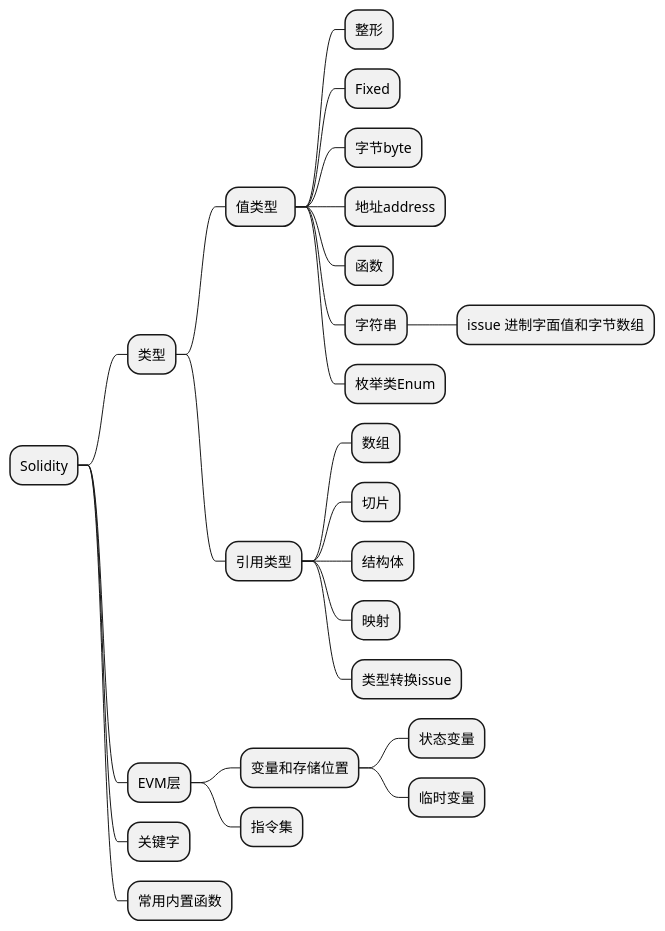
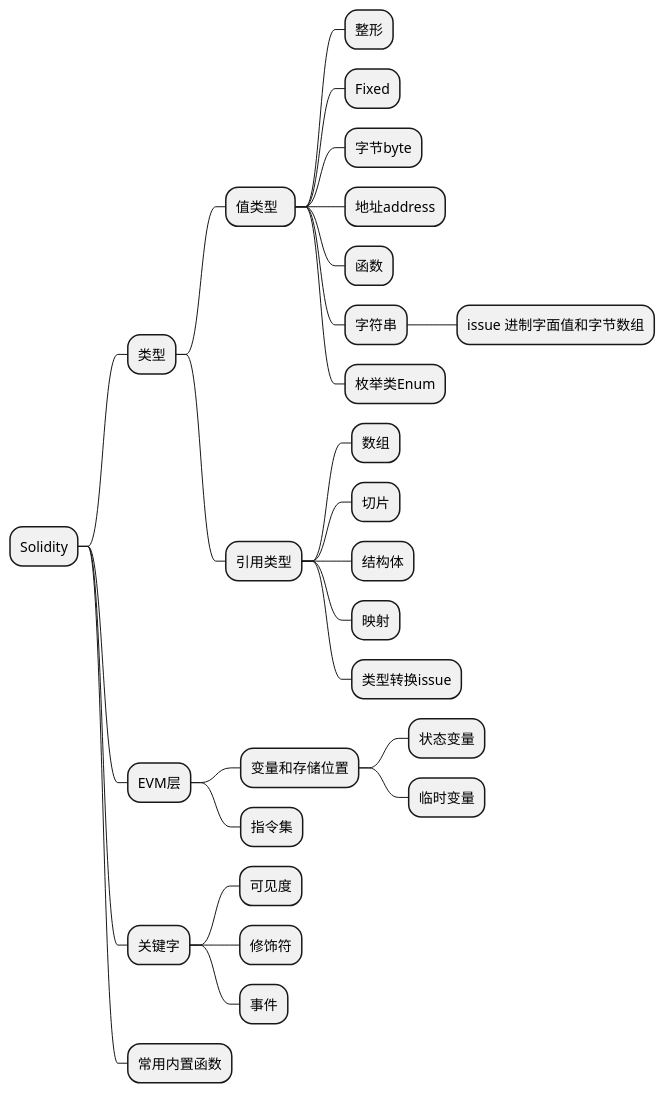
Before and after one commit to Tomatoooogerambo/notes-repo: the first of 2 diagrams in solidity/0-overview.md, drawn with PlantUML. The commit also changed 1 other file, not shown here.

````diff
--- a/solidity/0-overview.md
+++ b/solidity/0-overview.md
@@ -9,31 +9,35 @@
 ```plantuml
 @startmindmap
 + Solidity
 ++ 类型
 +++ 值类型  
 ++++ 整形
 ++++ Fixed
 ++++ 字节byte
 ++++ 地址address
 ++++ 函数
 ++++ 字符串
 +++++ issue 进制字面值和字节数组
 ++++ 枚举类Enum
 +++ 引用类型
 ++++ 数组
 ++++ 切片
 ++++ 结构体
 ++++ 映射
 ++++ 类型转换issue
 
 ++ EVM层
 +++ 变量和存储位置
 ++++ 状态变量
 ++++ 临时变量
 +++ 指令集
 
 ++ 关键字
++++ 可见度
++++ 修饰符
++++ 事件
 
 ++ 常用内置函数
+
 @endmindmap
 ```
````
